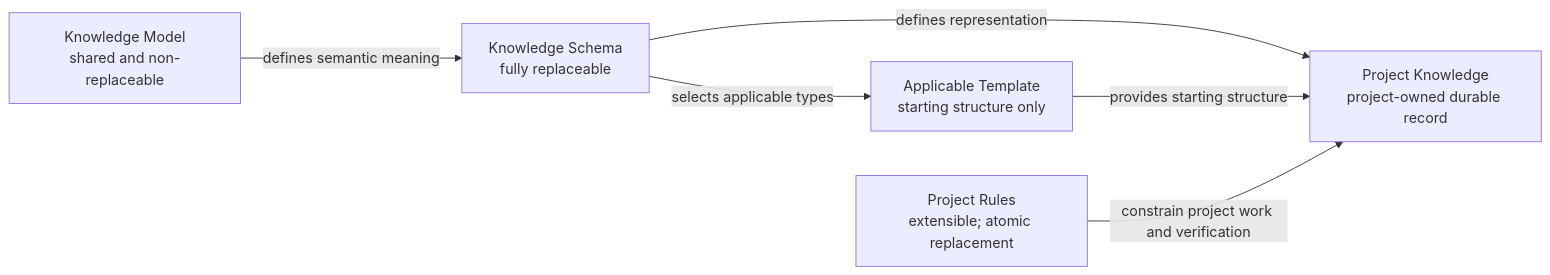
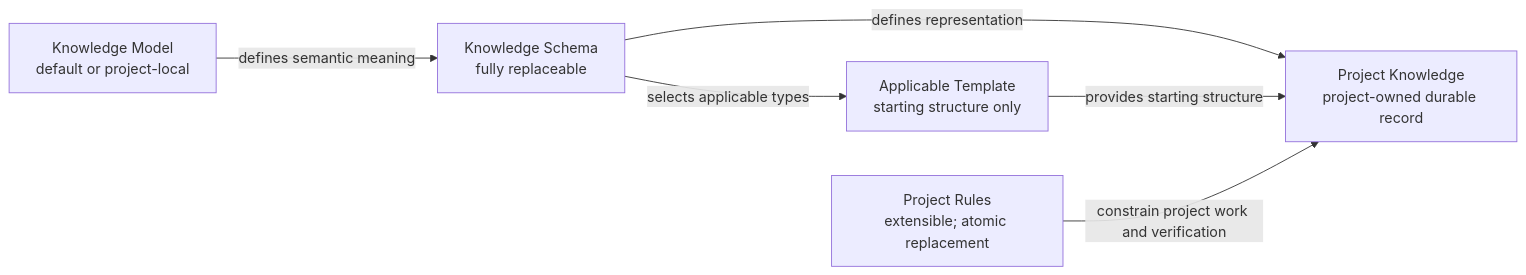
Before and after one commit to SuSuSleep/scaffold: the second of 2 diagrams in knowledge/solution/knowledge-architecture.md, drawn with Mermaid. The commit also changed other lines of this file and 22 other files, not shown here.

Commit message:
feat: support local knowledge model replacement

````diff
--- a/knowledge/solution/knowledge-architecture.md
+++ b/knowledge/solution/knowledge-architecture.md
@@ -65,14 +65,14 @@
 ```mermaid
 flowchart LR
-  model["Knowledge Model<br/>shared and non-replaceable"]
+  model["Knowledge Model<br/>default or project-local"]
   schema["Knowledge Schema<br/>fully replaceable"]
   template["Applicable Template<br/>starting structure only"]
   rules["Project Rules<br/>extensible; atomic replacement"]
   knowledge["Project Knowledge<br/>project-owned durable record"]
 
   model -->|defines semantic meaning| schema
   schema -->|defines representation| knowledge
   schema -->|selects applicable types| template
   template -->|provides starting structure| knowledge
   rules -->|constrain project work and verification| knowledge
 ```
````
